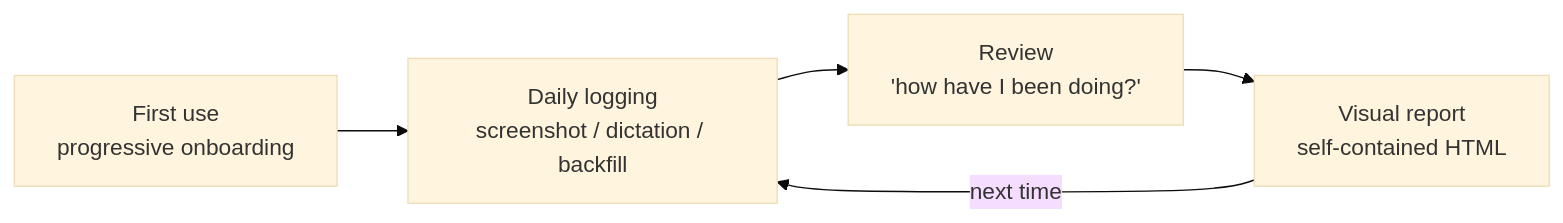
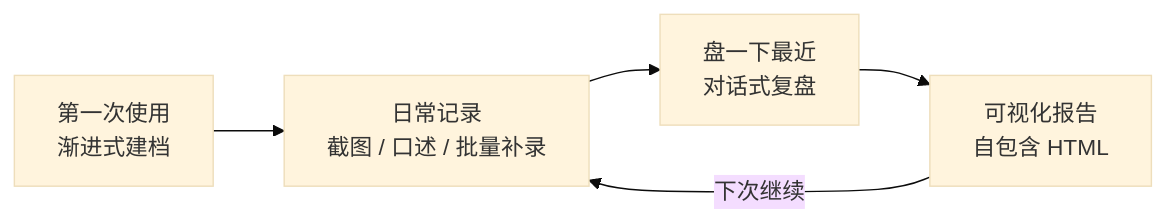
One commit to buuzzy/fitlore changed the diagram in README.md. Above: the diagram before and after it, drawn with Mermaid (base theme). The commit also changed other lines of this file and 2 other files, not shown here.

````diff
--- a/README.md
+++ b/README.md
@@ -79,7 +79,7 @@
 ```mermaid
 flowchart LR
-    A["First use<br/>progressive onboarding"] --> B["Daily logging<br/>screenshot / dictation / backfill"]
-    B --> C["Review<br/>'how have I been doing?'"]
-    C --> D["Visual report<br/>self-contained HTML"]
-    D -->|next time| B
+    A["第一次使用<br/>渐进式建档"] --> B["日常记录<br/>截图 / 口述 / 批量补录"]
+    B --> C["盘一下最近<br/>对话式复盘"]
+    C --> D["可视化报告<br/>自包含 HTML"]
+    D -->|下次继续| B
 ```
````
